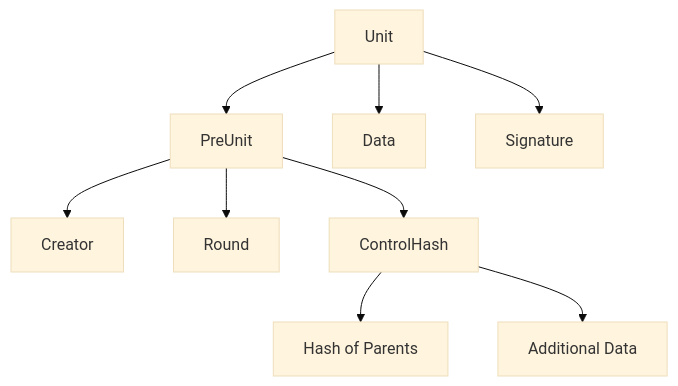
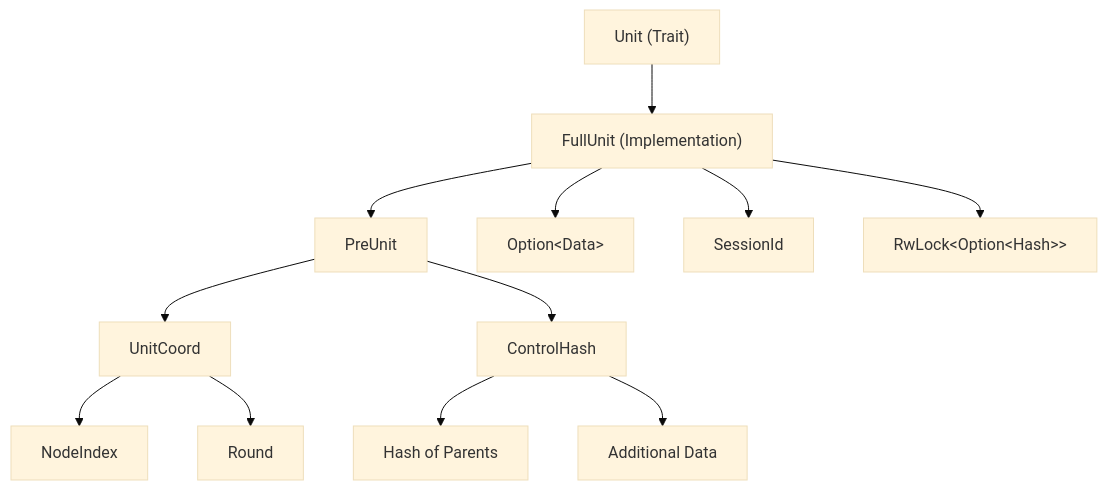
Before and after one commit to ljg-cqu/knowledge: the fourth of 4 diagrams in Blockchain/Networks/Aleph Zero/AlephBFT/AlephBFT Consensus Protocol- Technical Analysis.md, drawn with Mermaid (base theme). The commit also changed other lines of this file, not shown here.

First line of the commit message:
Clarifies AlephBFT unit and consensus components

````diff
--- a/Blockchain/Networks/Aleph Zero/AlephBFT/AlephBFT Consensus Protocol- Technical Analysis.md
+++ b/Blockchain/Networks/Aleph Zero/AlephBFT/AlephBFT Consensus Protocol- Technical Analysis.md
@@ -356,13 +366,18 @@
 ```mermaid
 graph TD
-    Unit --> PreUnit
-    Unit --> Data
-    Unit --> Signature
+    Unit["Unit (Trait)"] --> FullUnit["FullUnit (Implementation)"]
+    
+    FullUnit --> PreUnit
+    FullUnit --> Data["Option&lt;Data&gt;"]
+    FullUnit --> SessionId
+    FullUnit --> Hash["RwLock&lt;Option&lt;Hash&gt;&gt;"]
 
-    PreUnit --> Creator
-    PreUnit --> Round
+    PreUnit --> UnitCoord
     PreUnit --> ControlHash
+    
+    UnitCoord --> Creator["NodeIndex"]
+    UnitCoord --> Round
 
-    ControlHash --> ParentHash[Hash of Parents]
-    ControlHash --> AdditionalData[Additional Data]
+    ControlHash --> ParentHash["Hash of Parents"]
+    ControlHash --> AdditionalData["Additional Data"]
 ```
````
